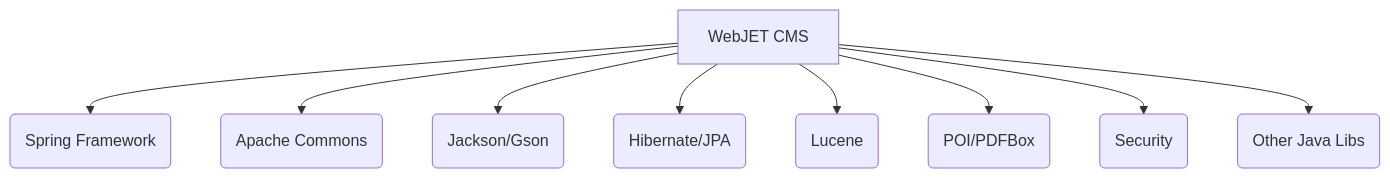
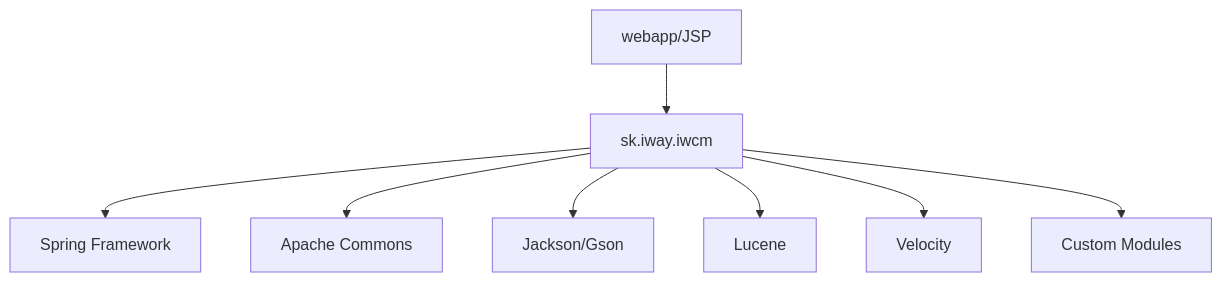
The diagram in aidocs/CIAR.md (crafted-by-art/webjetcms), drawn with Mermaid before and after one commit. The commit also changed other lines of this file, not shown here.

````diff
--- a/aidocs/CIAR.md
+++ b/aidocs/CIAR.md
@@ -59,11 +61,10 @@
 ```mermaid
-flowchart TD
-    A[WebJET CMS] --> B(Spring Framework)
-    A --> C(Apache Commons)
-    A --> D(Jackson/Gson)
-    A --> E(Hibernate/JPA)
-    A --> F(Lucene)
-    A --> G(POI/PDFBox)
-    A --> H(Security)
-    A --> I(Other Java Libs)
+graph TD
+  A[webapp/JSP] --> B[sk.iway.iwcm]
+  B --> C[Spring Framework]
+  B --> D[Apache Commons]
+  B --> E[Jackson/Gson]
+  B --> F[Lucene]
+  B --> G[Velocity]
+  B --> H[Custom Modules]
 ```
````
